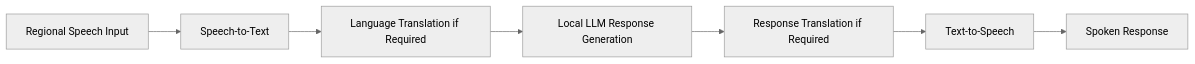
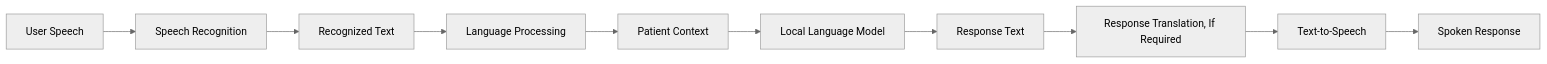
The second of 4 diagrams in README.md (PRITAMADAK11052004/SMARAN_Asymptotics_SIH26003), drawn with Mermaid (neutral theme) before and after one commit. The commit also changed other lines of this file, not shown here.

````diff
--- a/README.md
+++ b/README.md
@@ -254,9 +328,12 @@
 ```mermaid
 flowchart LR
-    A[Regional Speech Input] --> B[Speech-to-Text]
-    B --> C[Language Translation if Required]
-    C --> D[Local LLM Response Generation]
-    D --> E[Response Translation if Required]
-    E --> F[Text-to-Speech]
-    F --> G[Spoken Response]
+    A["User Speech"] --> B["Speech Recognition"]
+    B --> C["Recognized Text"]
+    C --> D["Language Processing"]
+    D --> E["Patient Context"]
+    E --> F["Local Language Model"]
+    F --> G["Response Text"]
+    G --> H["Response Translation, If Required"]
+    H --> I["Text-to-Speech"]
+    I --> J["Spoken Response"]
 ```
````
